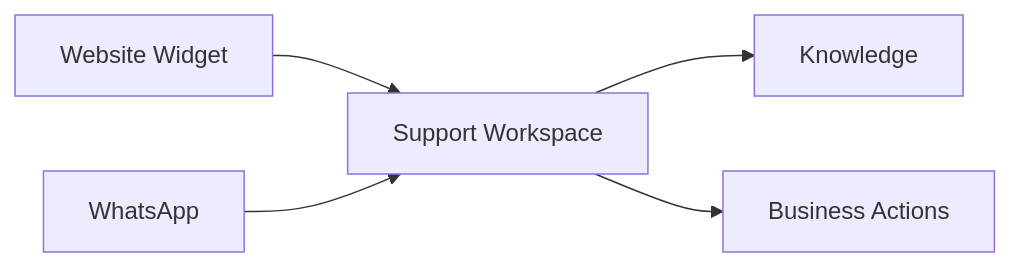
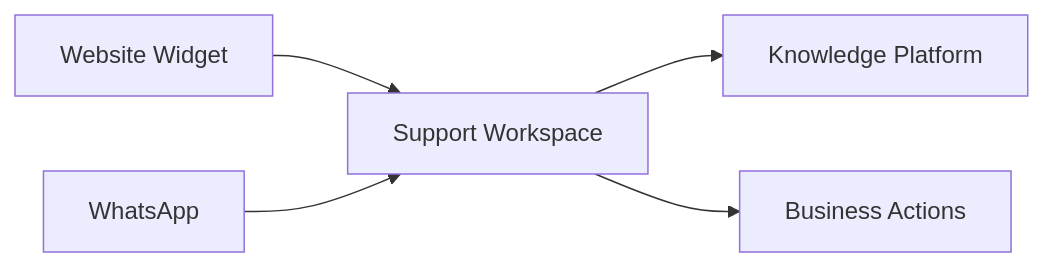
One commit to qefro-ai/qefro-documentation changed the diagram in docs/platform/customer-ai.mdx. Above: the diagram before and after it, drawn with Mermaid. The commit also changed other lines of this file and 46 other files, not shown here.

````diff
--- a/docs/platform/customer-ai.mdx
+++ b/docs/platform/customer-ai.mdx
@@ -37,7 +40,7 @@
 ```mermaid
 flowchart LR
   W[Website Widget] --> WS[Support Workspace]
   WA[WhatsApp] --> WS
-  WS --> RAG[Knowledge]
+  WS --> RAG[Knowledge Platform]
   WS --> ACT[Business Actions]
 ```
````
